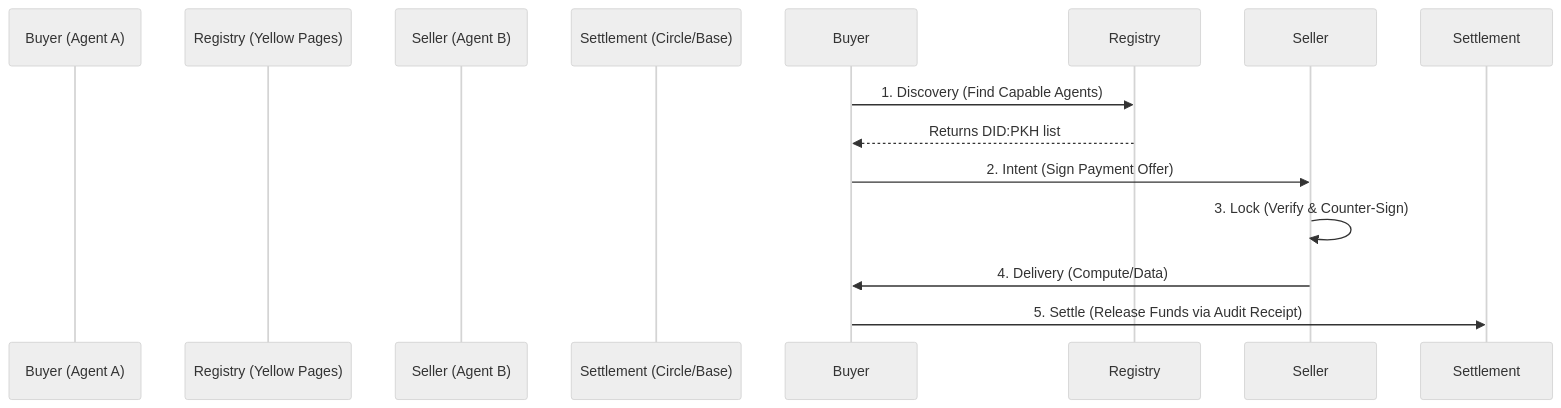
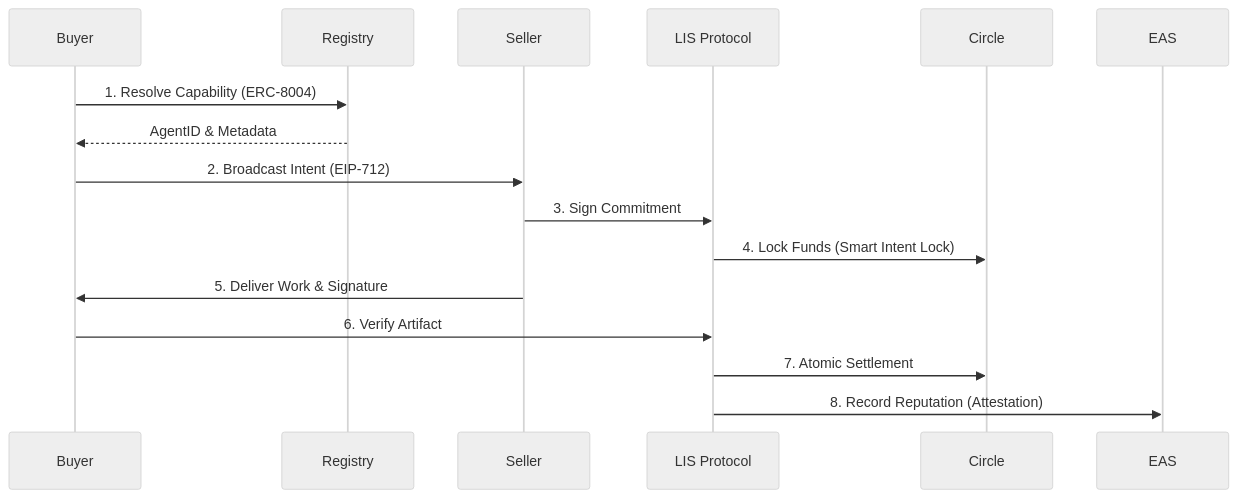
Before and after one commit to angledsapiens/Agentic-Economy: the diagram in liquidity-intents-sdk/v0/README.md, drawn with Mermaid (neutral theme).

Commit message:
docs: Fix inaccuracies in A2A Lifecycle diagram

````diff
--- a/liquidity-intents-sdk/v0/README.md
+++ b/liquidity-intents-sdk/v0/README.md
@@ -13,14 +13,18 @@
 ```mermaid
 sequenceDiagram
-    participant Buyer (Agent A)
-    participant Registry (Yellow Pages)
-    participant Seller (Agent B)
-    participant Settlement (Circle/Base)
+    participant Buyer
+    participant Registry
+    participant Seller
+    participant SDK as LIS Protocol
+    participant Circle
 
-    Buyer->>Registry: 1. Discovery (Find Capable Agents)
-    Registry-->>Buyer: Returns DID:PKH list
-    Buyer->>Seller: 2. Intent (Sign Payment Offer)
-    Seller->>Seller: 3. Lock (Verify & Counter-Sign)
-    Seller->>Buyer: 4. Delivery (Compute/Data)
-    Buyer->>Settlement: 5. Settle (Release Funds via Audit Receipt)
+    Buyer->>Registry: 1. Resolve Capability (ERC-8004)
+    Registry-->>Buyer: AgentID & Metadata
+    Buyer->>Seller: 2. Broadcast Intent (EIP-712)
+    Seller->>SDK: 3. Sign Commitment
+    SDK->>Circle: 4. Lock Funds (Smart Intent Lock)
+    Seller->>Buyer: 5. Deliver Work & Signature
+    Buyer->>SDK: 6. Verify Artifact
+    SDK->>Circle: 7. Atomic Settlement
+    SDK->>EAS: 8. Record Reputation (Attestation)
 ```
````
